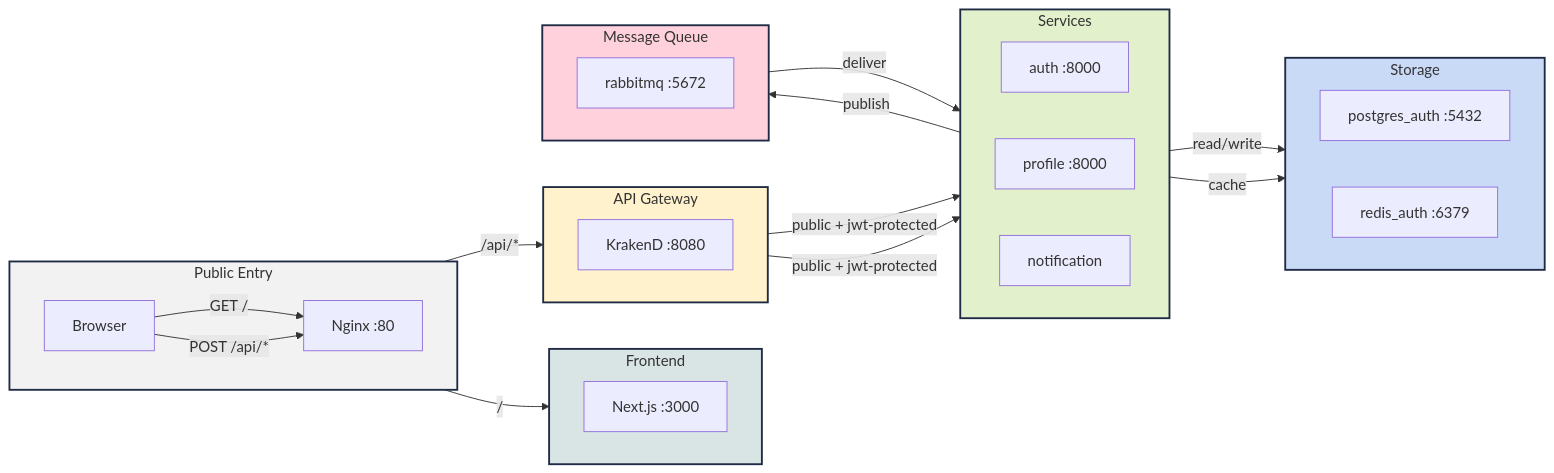
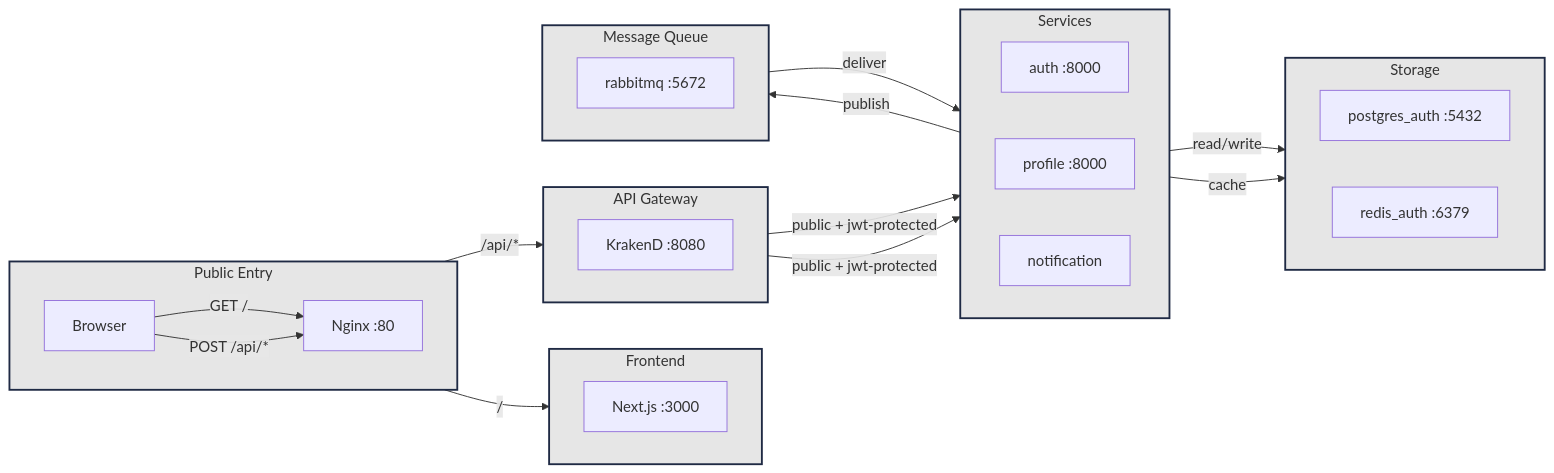
Before and after one commit to mindcoree/LoreLounge: the diagram in README.md, drawn with Mermaid.

Commit message:
style: обновить цветовую схему в диаграмме архитектуры

````diff
--- a/README.md
+++ b/README.md
@@ -22,54 +22,54 @@
 ```mermaid
 flowchart LR
     subgraph Public[Public Entry]
         direction LR
         Browser["Browser"]
         Nginx["Nginx :80"]
     end
 
     subgraph Frontend[Frontend]
         direction LR
         NextJS["Next.js :3000"]
     end
 
     subgraph Gateway[API Gateway]
         direction LR
         KrakenD["KrakenD :8080"]
     end
 
     subgraph Services[Services]
         direction LR
         Auth["auth :8000"]
         Profile["profile :8000"]
         Notif["notification"]
     end
 
     subgraph Broker[Message Queue]
         direction LR
         RMQ["rabbitmq :5672"]
     end
 
     subgraph Storage[Storage]
         direction LR
         PG["postgres_auth :5432"]
         Redis["redis_auth :6379"]
     end
 
     Browser -->|"GET /"| Nginx
     Browser -->|"POST /api/*"| Nginx
     Nginx -->|"/"| NextJS
     Nginx -->|"/api/*"| KrakenD
     KrakenD -->|"public + jwt-protected"| Auth
     KrakenD -->|"public + jwt-protected"| Profile
     Auth -->|"publish"| RMQ
     RMQ -->|"deliver"| Notif
     Auth -->|"read/write"| PG
     Auth -->|"cache"| Redis
 
-    style Public fill:#F2F2F2, stroke:#1F2A44, stroke-width:2px
-    style Frontend fill:#D9E5E4, stroke:#1F2A44, stroke-width:2px
-    style Gateway fill:#FFF2CC, stroke:#1F2A44, stroke-width:2px
-    style Services fill:#E2F0CB, stroke:#1F2A44, stroke-width:2px
-    style Storage fill:#C9DAF7, stroke:#1F2A44, stroke-width:2px
-    style Broker fill:#FFD1DC, stroke:#1F2A44, stroke-width:2px
+    style Public fill:#E6E6E6, stroke:#1F2A44, stroke-width:2px
+    style Frontend fill:#E6E6E6, stroke:#1F2A44, stroke-width:2px
+    style Gateway fill:#E6E6E6, stroke:#1F2A44, stroke-width:2px
+    style Services fill:#E6E6E6, stroke:#1F2A44, stroke-width:2px
+    style Storage fill:#E6E6E6, stroke:#1F2A44, stroke-width:2px
+    style Broker fill:#E6E6E6, stroke:#1F2A44, stroke-width:2px
 ```
````
